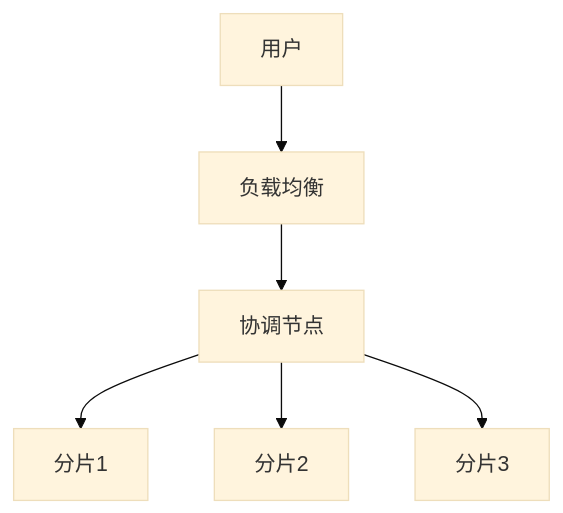
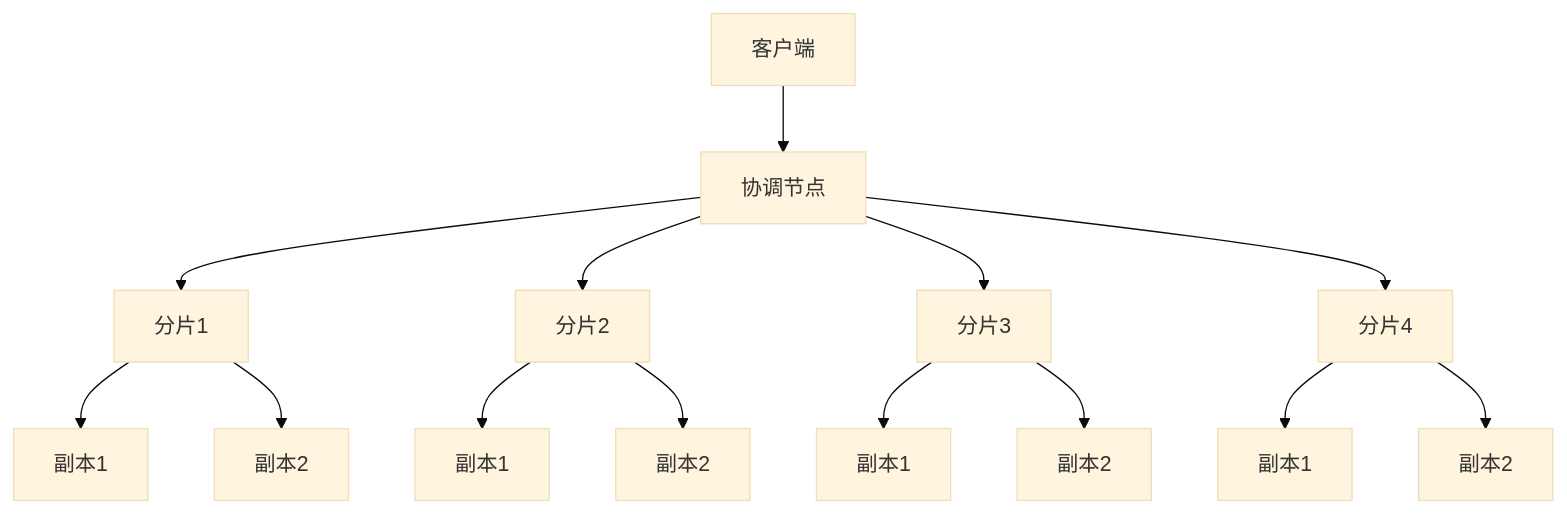
One commit to AdaMartin18010/Data-Science changed the third of 5 diagrams in Analysis/1-数据库系统/1.1-PostgreSQL/1.1.9-分布式PostgreSQL架构设计.md. Above: the diagram before and after it, drawn with Mermaid (base theme). The commit also changed other lines of this file and 168 other files, not shown here.

````diff
--- a/Analysis/1-数据库系统/1.1-PostgreSQL/1.1.9-分布式PostgreSQL架构设计.md
+++ b/Analysis/1-数据库系统/1.1-PostgreSQL/1.1.9-分布式PostgreSQL架构设计.md
@@ -32,7 +225,21 @@
 ```mermaid
-flowchart TD
-  U[用户] --> LB[负载均衡] --> CN[协调节点]
-  CN --> S1[分片1]
-  CN --> S2[分片2]
-  CN --> S3[分片3]
+graph TD
+    A[协调节点] --> B[分片1]
+    A --> C[分片2]
+    A --> D[分片3]
+    A --> E[分片4]
+    
+    F[客户端] --> A
+    
+    B --> G[副本1]
+    B --> H[副本2]
+    
+    C --> I[副本1]
+    C --> J[副本2]
+    
+    D --> K[副本1]
+    D --> L[副本2]
+    
+    E --> M[副本1]
+    E --> N[副本2]
 ```
````
